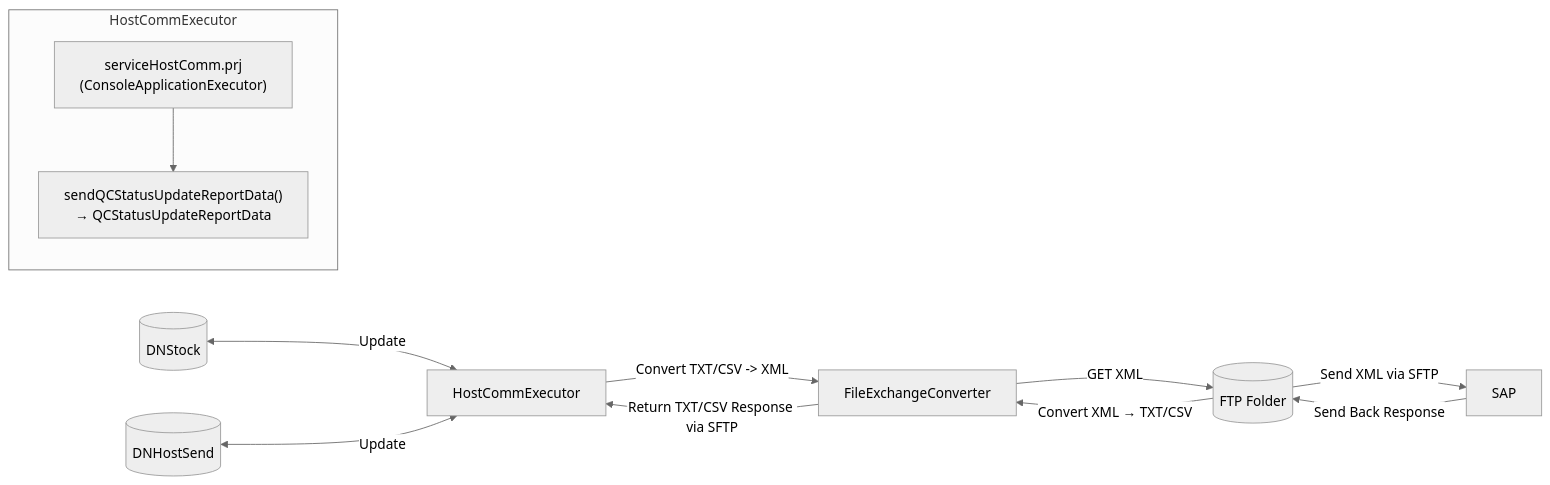
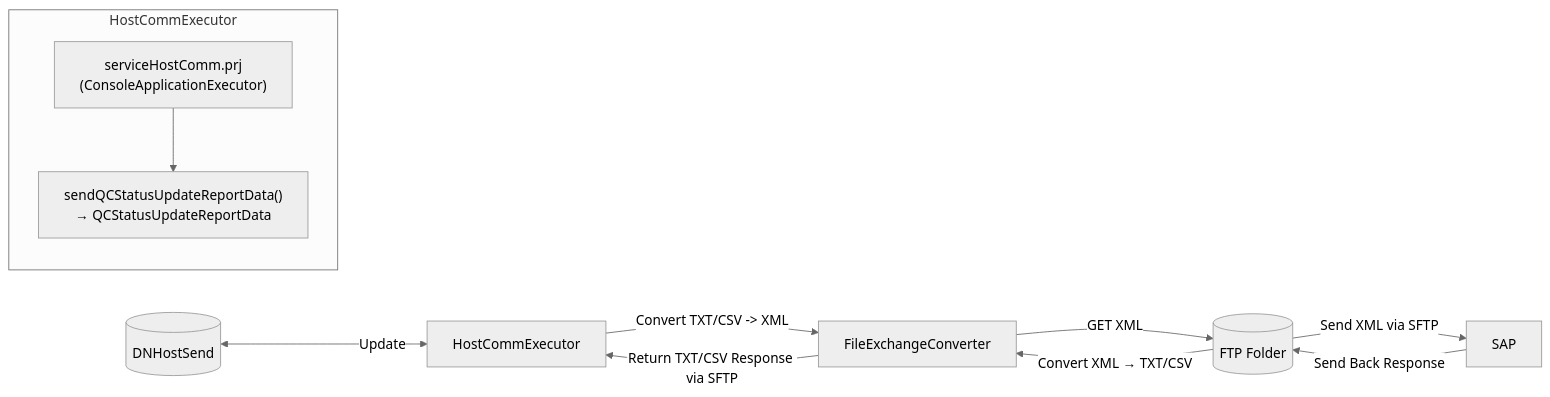
One commit to luthfiadityaa/SimeDarby-Wiki changed the diagram in Basic-Design/Host-Interfaces/QC-Status-Update-Result.md. Above: the diagram before and after it, drawn with Mermaid (neutral theme).

Commit message:
Updated QC Status Update Result

```diff
--- a/Basic-Design/Host-Interfaces/QC-Status-Update-Result.md
+++ b/Basic-Design/Host-Interfaces/QC-Status-Update-Result.md
@@ -11,17 +11,16 @@
 ::: mermaid
 flowchart LR
     A[HostCommExecutor] -->|Convert TXT/CSV -> XML| B[FileExchangeConverter]
     B -->|GET XML| C[(FTP Folder)]
     C -->|Send XML via SFTP| D[SAP]
     D -->|Send Back Response| C
     C -->|Convert XML → TXT/CSV| B
     B -->|Return TXT/CSV Response via SFTP| A
-    E[(DNStock)] <--> |Update| A
     F[(DNHostSend)] <--> |Update| A
 
      subgraph HostCommExecutor
         C1["serviceHostComm.prj<br>(ConsoleApplicationExecutor)"]
         C2["sendQCStatusUpdateReportData()<br>→ QCStatusUpdateReportData"]
         C1 --> C2
     end
 :::
```
